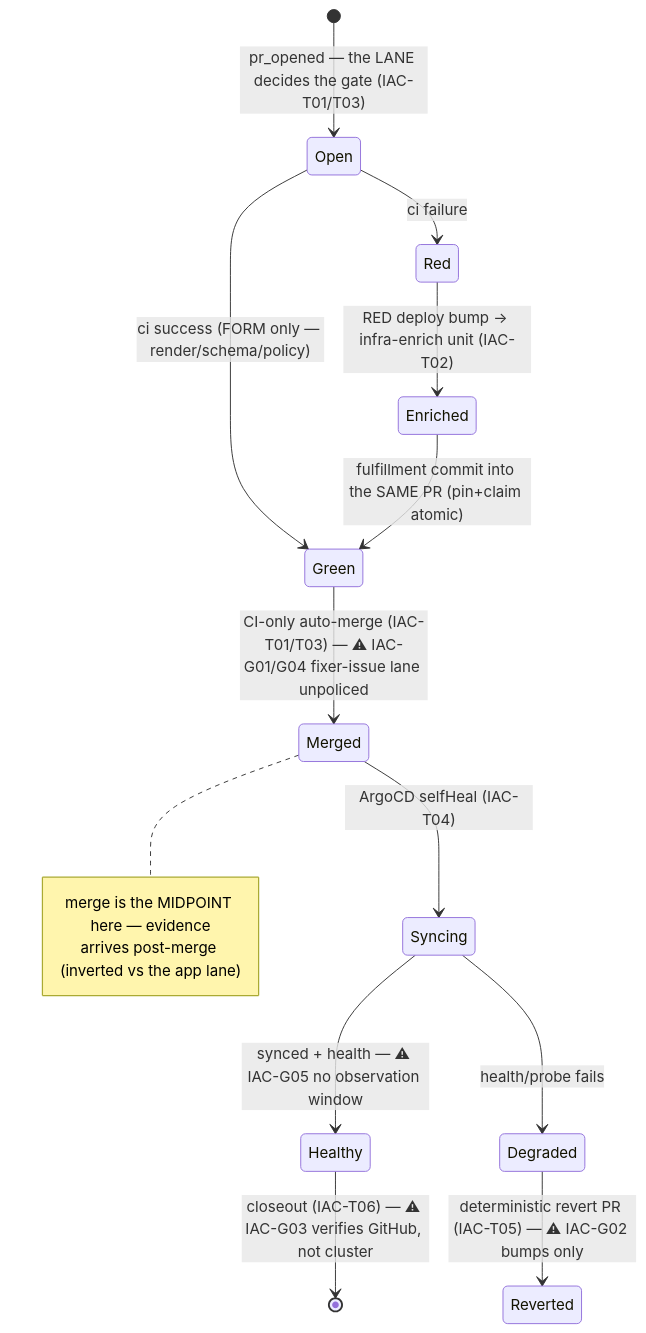
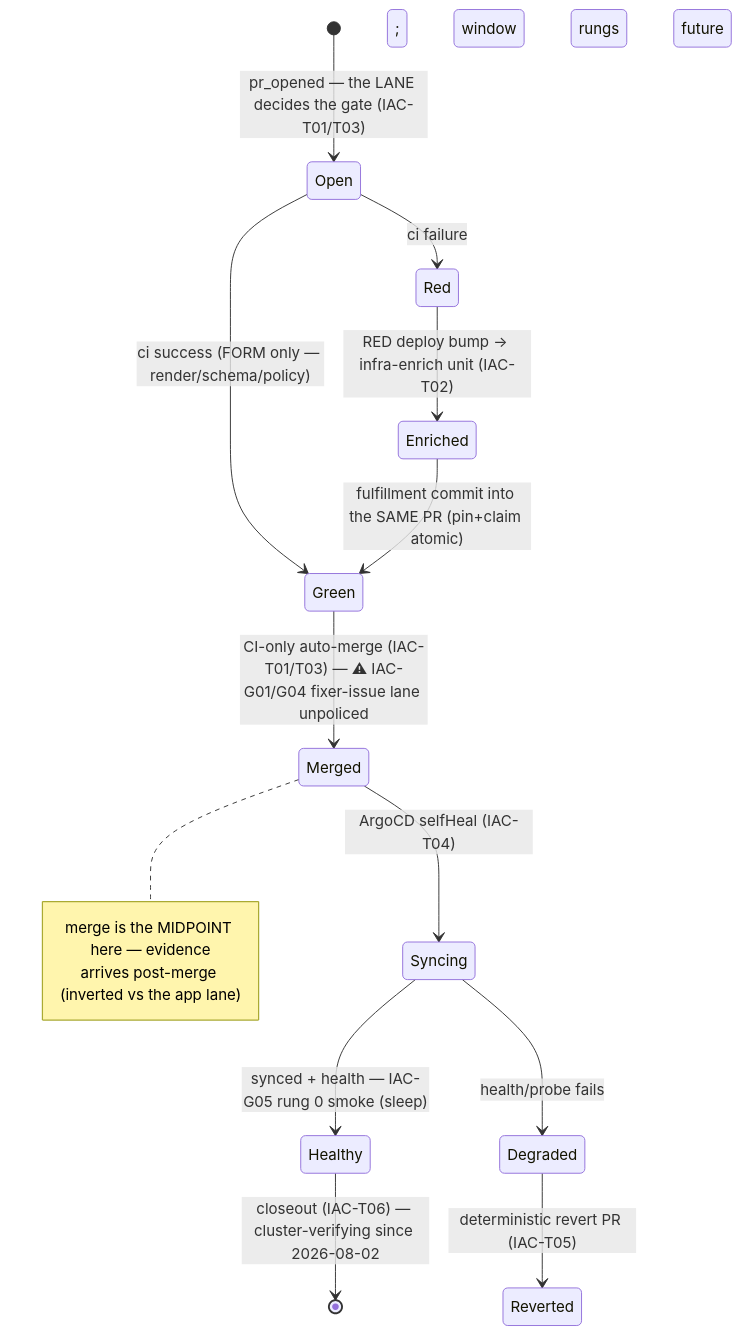
One commit to teststuffstash/homelab changed the diagram in docs/agents/iac-lane-fsm.md. Above: the diagram before and after it, drawn with Mermaid. The commit also changed other lines of this file and 14 other files, not shown here.

````diff
--- a/docs/agents/iac-lane-fsm.md
+++ b/docs/agents/iac-lane-fsm.md
@@ -9,18 +9,18 @@
 ```mermaid
 stateDiagram-v2
     [*] --> Open: pr_opened — the LANE decides the gate (IAC-T01/T03)
     Open --> Green: ci success (FORM only — render/schema/policy)
     Open --> Red: ci failure
     Red --> Enriched: RED deploy bump → infra-enrich unit (IAC-T02)
     Enriched --> Green: fulfillment commit into the SAME PR (pin+claim atomic)
     Green --> Merged: CI-only auto-merge (IAC-T01/T03) — ⚠ IAC-G01/G04 fixer-issue lane unpoliced
     Merged --> Syncing: ArgoCD selfHeal (IAC-T04)
-    Syncing --> Healthy: synced + health — ⚠ IAC-G05 no observation window
+    Syncing --> Healthy: synced + health — IAC-G05 rung 0 smoke (sleep); window rungs future
     Syncing --> Degraded: health/probe fails
-    Degraded --> Reverted: deterministic revert PR (IAC-T05) — ⚠ IAC-G02 bumps only
-    Healthy --> [*]: closeout (IAC-T06) — ⚠ IAC-G03 verifies GitHub, not cluster
+    Degraded --> Reverted: deterministic revert PR (IAC-T05)
+    Healthy --> [*]: closeout (IAC-T06) — cluster-verifying since 2026-08-02
     note right of Merged
         merge is the MIDPOINT here — evidence
         arrives post-merge (inverted vs the app lane)
     end note
 ```
````
